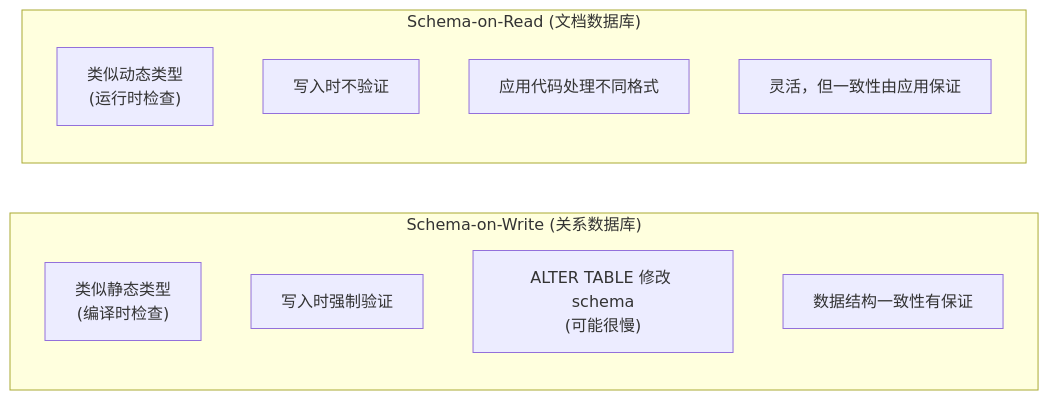
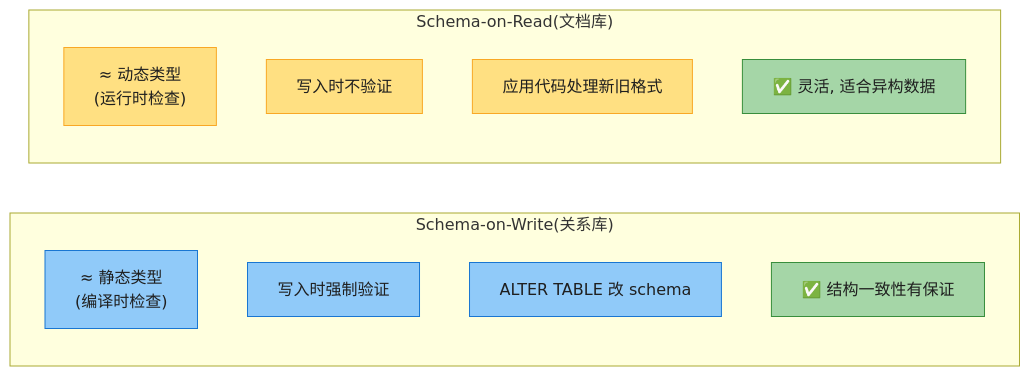
Before and after one commit to socoo123/ddia_2nd: the ninth of 16 diagrams in ch03-数据模型与查询语言.md, drawn with Mermaid. The commit also changed other lines of this file and 8 other files, not shown here.

First line of the commit message:
重写 ch01-ch09 读书笔记：风格统一 + 内容扩充 + 大量图表

````diff
--- a/ch03-数据模型与查询语言.md
+++ b/ch03-数据模型与查询语言.md
@@ -237,16 +318,25 @@
 ```mermaid
-graph LR
-    subgraph SoW["Schema-on-Write (关系数据库)"]
-        W1["类似静态类型<br/>(编译时检查)"]
+flowchart LR
+    subgraph SOW["Schema-on-Write(关系库)"]
+        W1["≈ 静态类型<br/>(编译时检查)"]
         W2["写入时强制验证"]
-        W3["ALTER TABLE 修改 schema<br/>(可能很慢)"]
-        W4["数据结构一致性有保证"]
+        W3["ALTER TABLE 改 schema"]
+        W4["✅ 结构一致性有保证"]
     end
 
-    subgraph SoR["Schema-on-Read (文档数据库)"]
-        R1["类似动态类型<br/>(运行时检查)"]
+    subgraph SOR["Schema-on-Read(文档库)"]
+        R1["≈ 动态类型<br/>(运行时检查)"]
         R2["写入时不验证"]
-        R3["应用代码处理不同格式"]
-        R4["灵活，但一致性由应用保证"]
+        R3["应用代码处理新旧格式"]
+        R4["✅ 灵活, 适合异构数据"]
     end
+
+    style W1 fill:#90CAF9,stroke:#1976D2,color:#1f1f1f
+    style W2 fill:#90CAF9,stroke:#1976D2,color:#1f1f1f
+    style W3 fill:#90CAF9,stroke:#1976D2,color:#1f1f1f
+    style W4 fill:#A5D6A7,stroke:#388E3C,color:#1f1f1f
+    style R1 fill:#FFE082,stroke:#F9A825,color:#1f1f1f
+    style R2 fill:#FFE082,stroke:#F9A825,color:#1f1f1f
+    style R3 fill:#FFE082,stroke:#F9A825,color:#1f1f1f
+    style R4 fill:#A5D6A7,stroke:#388E3C,color:#1f1f1f
 ```
````
